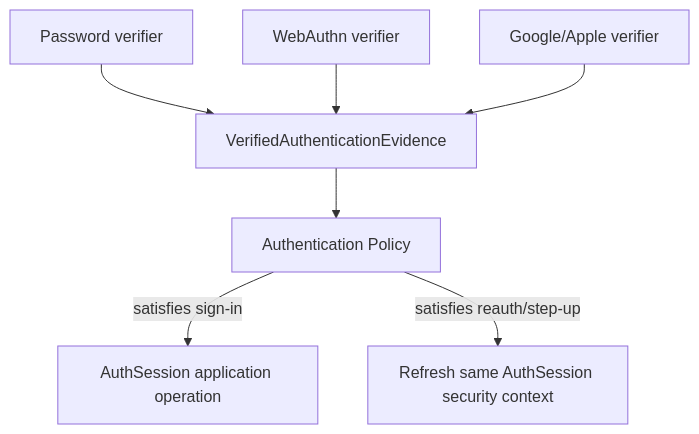
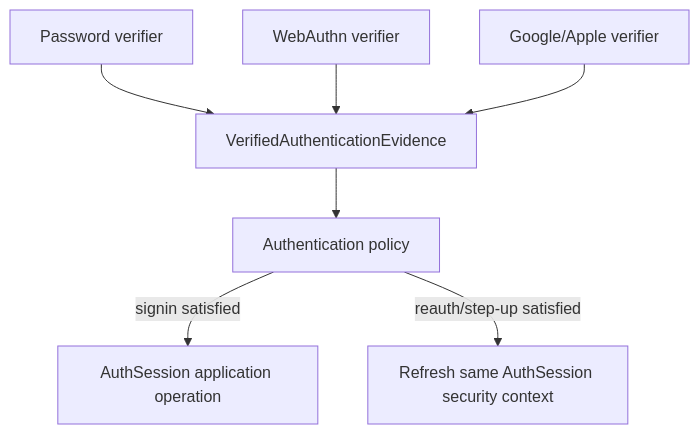
One commit to MattiaRubino/dante changed the fourth of 12 diagrams in docs/architecture/access-auth-architecture.md. Above: the diagram before and after it, drawn with Mermaid. The commit also changed other lines of this file, not shown here.

Commit message:
docs(auth): close M2 architecture contract

````diff
--- a/docs/architecture/access-auth-architecture.md
+++ b/docs/architecture/access-auth-architecture.md
@@ -202,9 +210,9 @@
 ```mermaid
 flowchart TD
     PW[Password verifier] --> E[VerifiedAuthenticationEvidence]
     WA[WebAuthn verifier] --> E
     GO[Google/Apple verifier] --> E
-    E --> POL[Authentication Policy]
-    POL -->|satisfies sign-in| SS[AuthSession application operation]
-    POL -->|satisfies reauth/step-up| RA[Refresh same AuthSession security context]
+    E --> POL[Authentication policy]
+    POL -->|signin satisfied| SS[AuthSession application operation]
+    POL -->|reauth/step-up satisfied| RA[Refresh same AuthSession security context]
 ```
````
